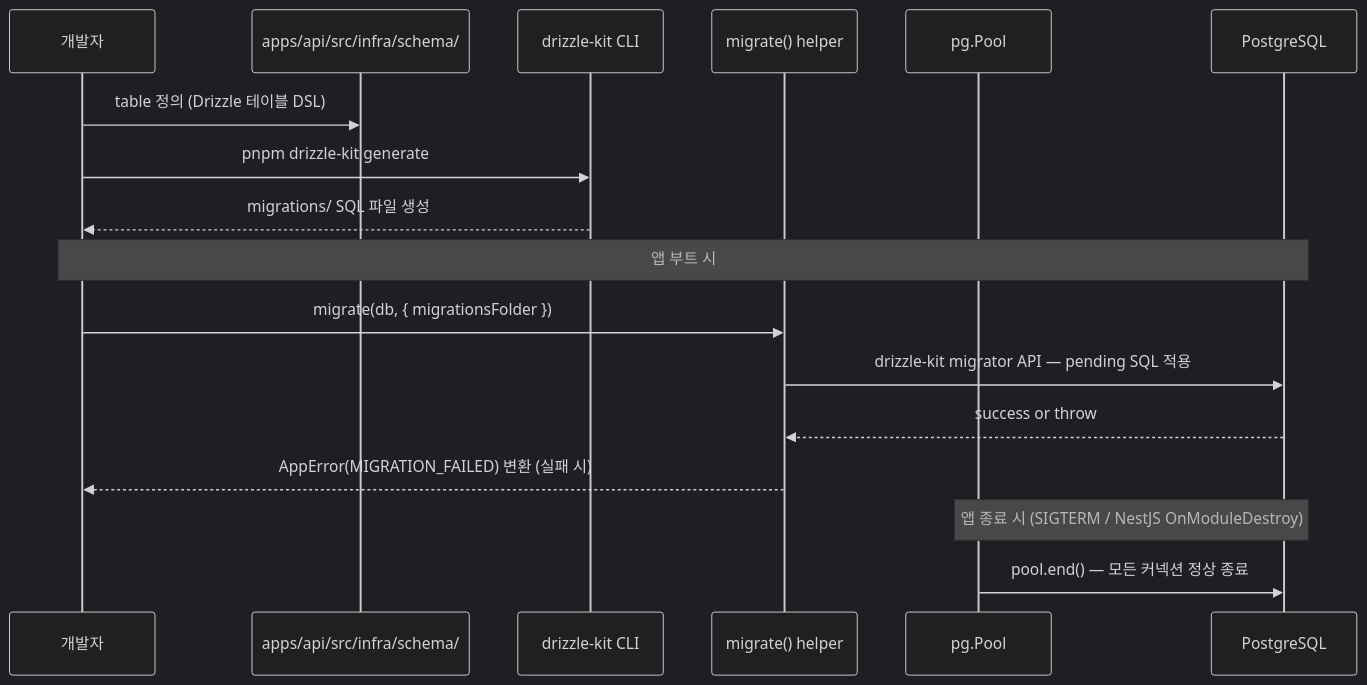
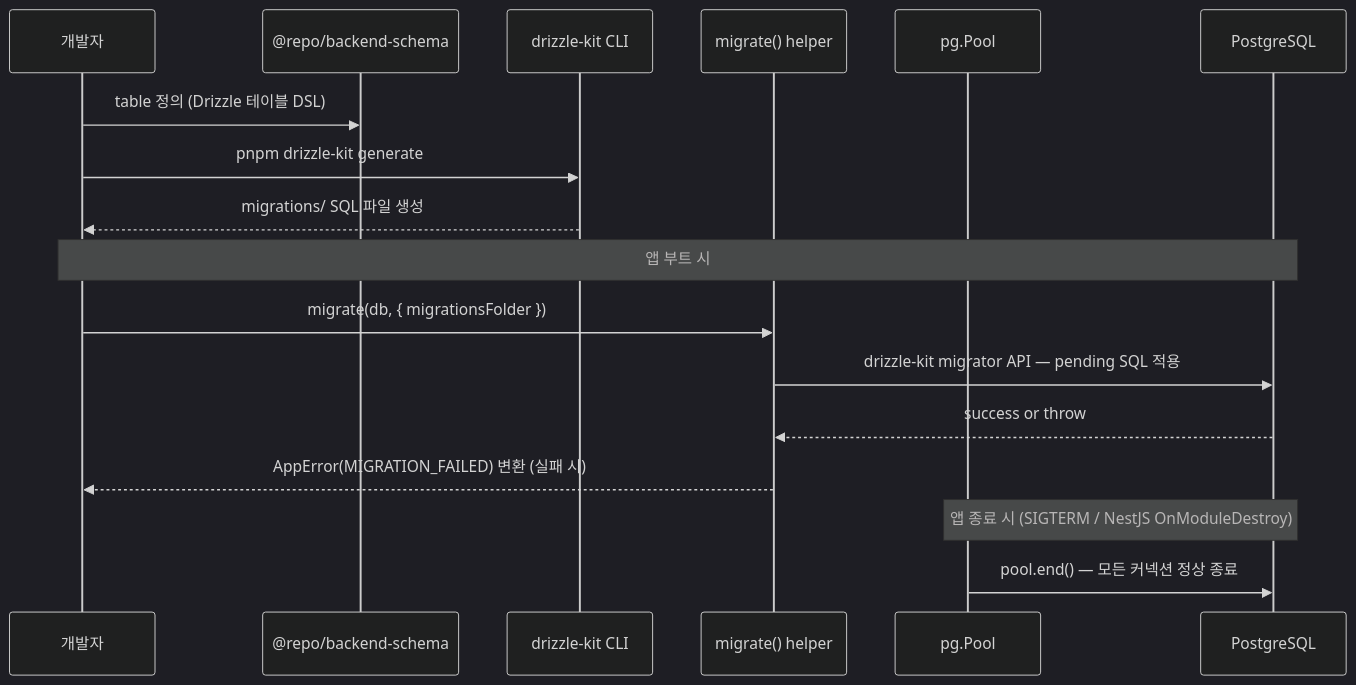
One commit to Changsik00/service-foundry changed the diagram in docs/explainers/backend/drizzle-migrations-lifecycle.md. Above: the diagram before and after it, drawn with Mermaid (dark theme). The commit also changed other lines of this file and 1 other file, not shown here.

Commit message:
docs: fix phase-24 docs drift (schema explainer 경로 + phase-24.md 상태/검증결과/Review)

````diff
--- a/docs/explainers/backend/drizzle-migrations-lifecycle.md
+++ b/docs/explainers/backend/drizzle-migrations-lifecycle.md
@@ -18,22 +18,22 @@
 ```mermaid
 sequenceDiagram
     participant Dev as 개발자
-    participant Schema as apps/api/src/infra/schema/
+    participant Schema as @repo/backend-schema
     participant Kit as drizzle-kit CLI
     participant Migrator as migrate() helper
     participant Pool as pg.Pool
     participant DB as PostgreSQL
 
     Dev->>Schema: table 정의 (Drizzle 테이블 DSL)
     Dev->>Kit: pnpm drizzle-kit generate
     Kit-->>Dev: migrations/ SQL 파일 생성
 
     note over Dev,DB: 앱 부트 시
     Dev->>Migrator: migrate(db, { migrationsFolder })
     Migrator->>DB: drizzle-kit migrator API — pending SQL 적용
     DB-->>Migrator: success or throw
     Migrator-->>Dev: AppError(MIGRATION_FAILED) 변환 (실패 시)
 
     note over Pool,DB: 앱 종료 시 (SIGTERM / NestJS OnModuleDestroy)
     Pool->>DB: pool.end() — 모든 커넥션 정상 종료
 ```
````
